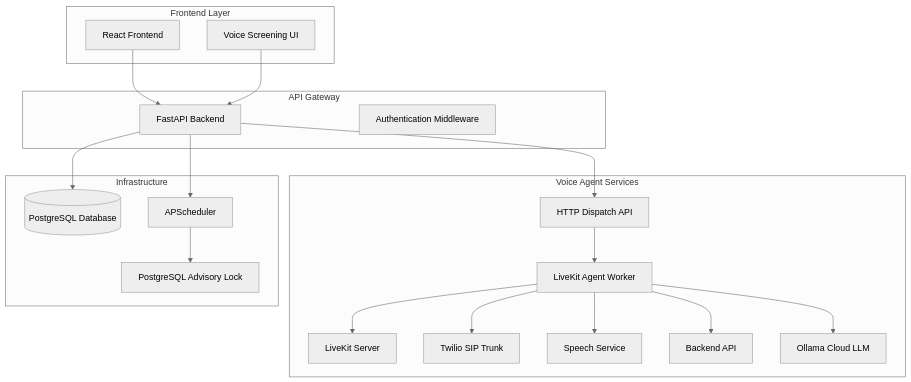
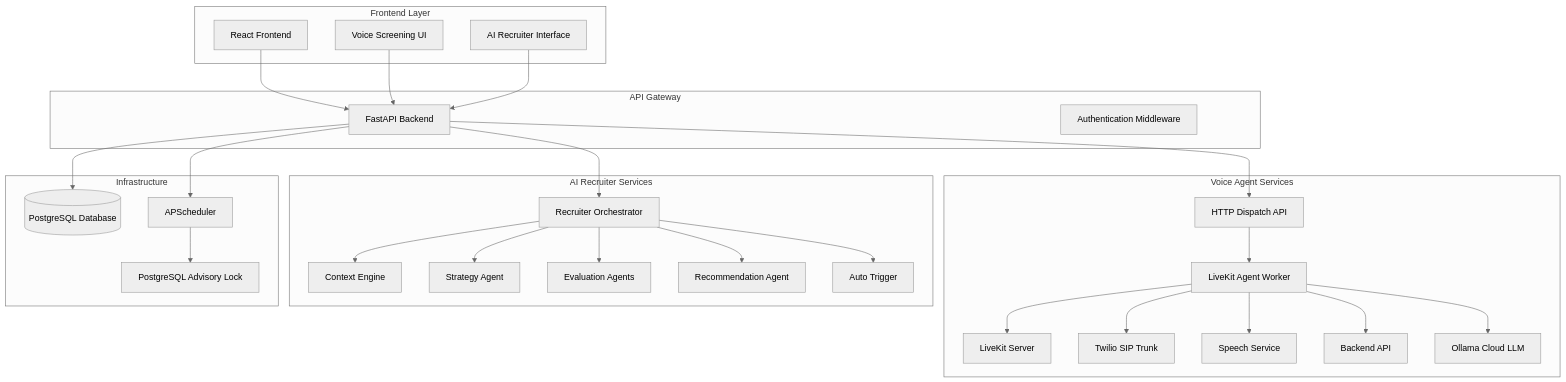
The first of 17 diagrams in .qoder/repowiki/en/content/Advanced Topics/Voice Agent Conversation System.md (Revanththetalogics/aireume), drawn with Mermaid (neutral theme) before and after one commit. The commit also changed other lines of this file and 47 other files, not shown here.

````diff
--- a/.qoder/repowiki/en/content/Advanced Topics/Voice Agent Conversation System.md
+++ b/.qoder/repowiki/en/content/Advanced Topics/Voice Agent Conversation System.md
@@ -57,37 +69,53 @@
 ```mermaid
 graph TB
 subgraph "Frontend Layer"
 FE[React Frontend]
 UI[Voice Screening UI]
+RI[AI Recruiter Interface]
 end
 subgraph "API Gateway"
 API[FastAPI Backend]
 AUTH[Authentication Middleware]
 end
 subgraph "Voice Agent Services"
 DISPATCH[HTTP Dispatch API]
 WORKER[LiveKit Agent Worker]
 LK[LiveKit Server]
 TWILIO[Twilio SIP Trunk]
 SC[Speech Service]
 BK[Backend API]
 LLM[Ollama Cloud LLM]
 end
+subgraph "AI Recruiter Services"
+ORCHESTRATOR[Recruiter Orchestrator]
+CONTEXT[Context Engine]
+STRATEGY[Strategy Agent]
+EVALUATORS[Evaluation Agents]
+RECOMMENDER[Recommendation Agent]
+AUTOTRIGGER[Auto Trigger]
+end
 subgraph "Infrastructure"
 DB[(PostgreSQL Database)]
 SCHED[APScheduler]
 LOCK[PostgreSQL Advisory Lock]
 end
 FE --> API
 UI --> API
+RI --> API
 API --> DISPATCH
 DISPATCH --> WORKER
 WORKER --> LK
 WORKER --> TWILIO
 WORKER --> SC
 WORKER --> BK
 WORKER --> LLM
+API --> ORCHESTRATOR
+ORCHESTRATOR --> CONTEXT
+ORCHESTRATOR --> STRATEGY
+ORCHESTRATOR --> EVALUATORS
+ORCHESTRATOR --> RECOMMENDER
+ORCHESTRATOR --> AUTOTRIGGER
 API --> DB
 API --> SCHED
 SCHED --> LOCK
 ```
````
